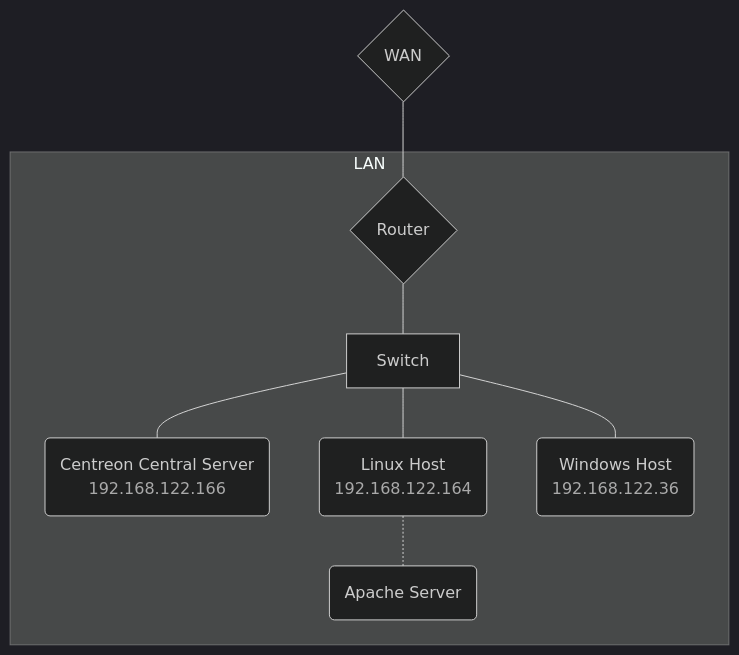
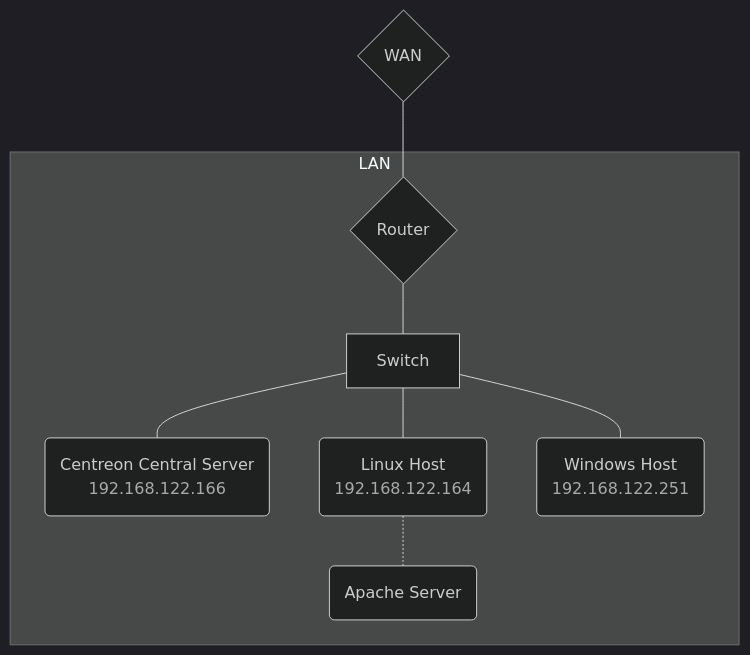
The third of 3 diagrams in content/posts/centreon-it-overview/index.md (xeylou/testade.xeylou.fr), drawn with Mermaid before and after one commit. The commit also changed other lines of this file and 67 other files, not shown here.

```diff
--- a/content/posts/centreon-it-overview/index.md
+++ b/content/posts/centreon-it-overview/index.md
@@ -148,21 +148,21 @@
 {{< mermaid >}}
 %%{init: {'theme':'dark'}}%%
 graph TD
 
 subgraph lan[LAN]
 router{Router}
 switch[Switch]
 centreon(Centreon Central Server<br><font color="#a9a9a9">192.168.122.166</font>)
 linux(Linux Host<br><font color="#a9a9a9">192.168.122.164</font>)
-win(Windows Host<br><font color="#a9a9a9">192.168.122.36</font>)
+win(Windows Host<br><font color="#a9a9a9">192.168.122.251</font>)
 apache(Apache Server)
 end
 
 wan{WAN}---router
 router---switch
 switch---centreon
 switch---linux
 switch---win
 linux-.-apache
 
 {{< /mermaid >}}
```
